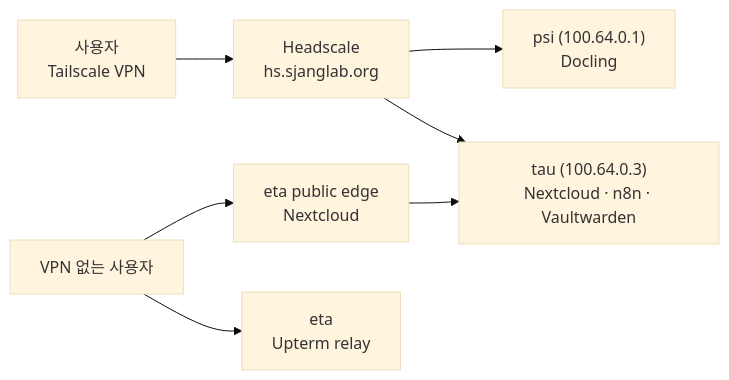
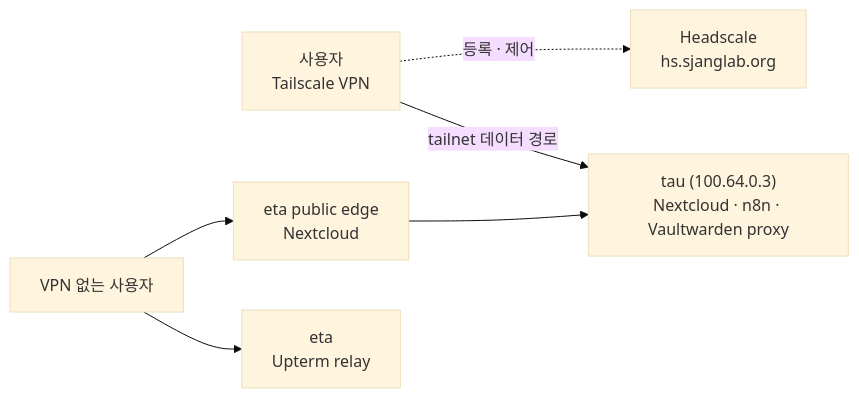
Before and after one commit to SBEE-Lab/infra: the diagram in docs/guide/vpn-setup.md, drawn with Mermaid (base theme). The commit also changed other lines of this file and 49 other files, not shown here.

````diff
--- a/docs/guide/vpn-setup.md
+++ b/docs/guide/vpn-setup.md
@@ -122,9 +122,8 @@
 ```mermaid
 flowchart LR
-  user["사용자<br/>Tailscale VPN"] --> hs["Headscale<br/>hs.sjanglab.org"]
-  hs --> psi["psi (100.64.0.1)<br/>Docling"]
-  hs --> tau["tau (100.64.0.3)<br/>Nextcloud · n8n · Vaultwarden"]
+  user["사용자<br/>Tailscale VPN"] -. "등록 · 제어" .-> hs["Headscale<br/>hs.sjanglab.org"]
+  user -- "tailnet 데이터 경로" --> tau["tau (100.64.0.3)<br/>Nextcloud · n8n · Vaultwarden proxy"]
   internet["VPN 없는 사용자"] --> eta_edge["eta public edge<br/>Nextcloud"]
   eta_edge --> tau
   internet --> upterm["eta<br/>Upterm relay"]
 ```
````
